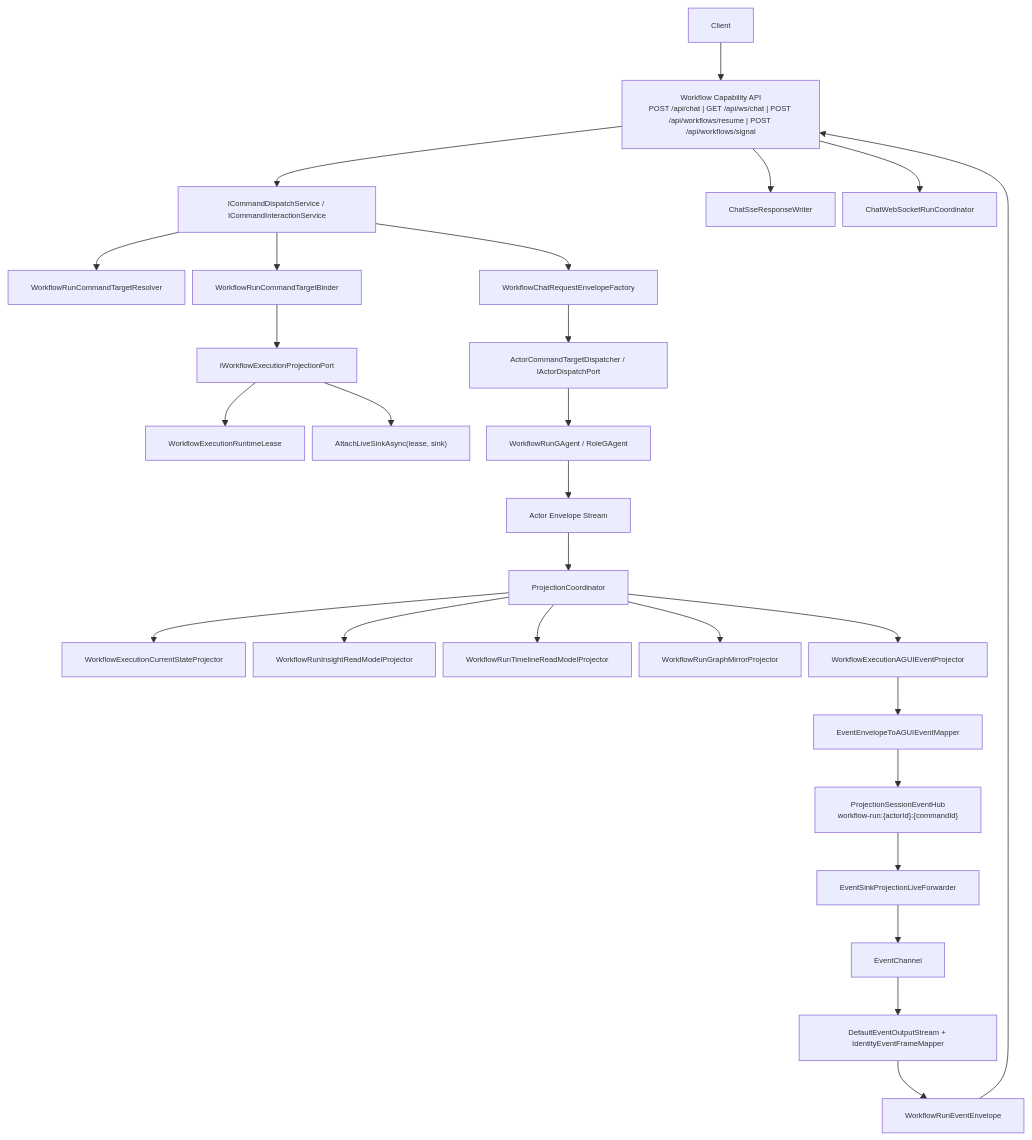
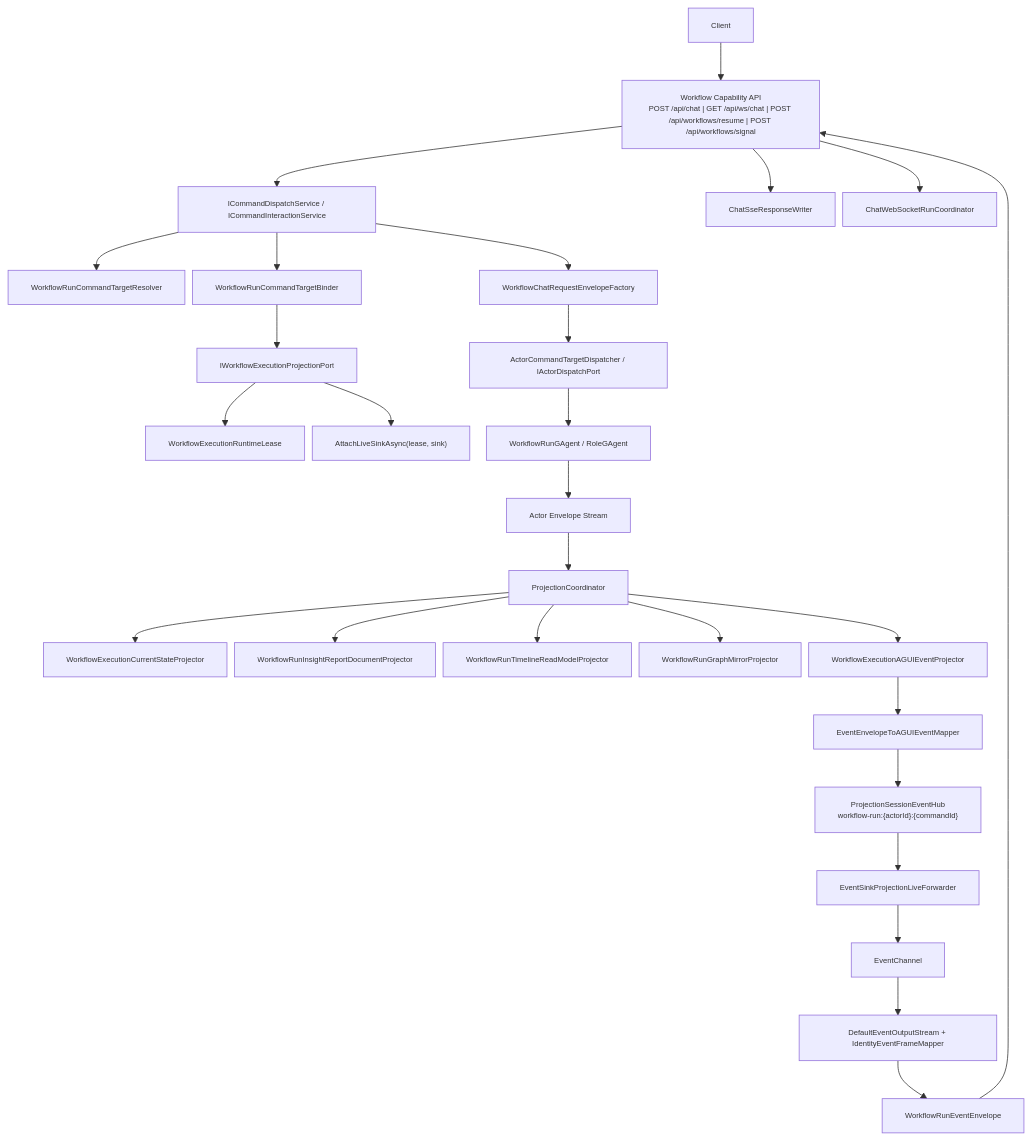
Before and after one commit to aevatarAI/aevatar: the first of 5 diagrams in docs/WORKFLOW_LLM_STREAMING_ARCHITECTURE.md, drawn with Mermaid. The commit also changed other lines of this file and 34 other files, not shown here.

First line of the commit message:
Refactor Workflow Projection Components and Update ReadModel Architecture

````diff
--- a/docs/WORKFLOW_LLM_STREAMING_ARCHITECTURE.md
+++ b/docs/WORKFLOW_LLM_STREAMING_ARCHITECTURE.md
@@ -58,30 +58,30 @@
 ```mermaid
 %%{init: {"maxTextSize": 100000, "flowchart": {"useMaxWidth": false, "nodeSpacing": 10, "rankSpacing": 50}, "themeVariables": {"fontSize": "10px"}}}%%
 flowchart TB
     C["Client"] --> H["Workflow Capability API\nPOST /api/chat | GET /api/ws/chat | POST /api/workflows/resume | POST /api/workflows/signal"]
     H --> CMD["ICommandDispatchService / ICommandInteractionService"]
     CMD --> RES["WorkflowRunCommandTargetResolver"]
     CMD --> BND["WorkflowRunCommandTargetBinder"]
     BND --> LIF["IWorkflowExecutionProjectionPort"]
     LIF --> LEASE["WorkflowExecutionRuntimeLease"]
     LIF --> SUB["AttachLiveSinkAsync(lease, sink)"]
     CMD --> FAC["WorkflowChatRequestEnvelopeFactory"]
     FAC --> DSP["ActorCommandTargetDispatcher / IActorDispatchPort"]
     DSP --> ACT["WorkflowRunGAgent / RoleGAgent"]
     ACT --> EVT["Actor Envelope Stream"]
     EVT --> COOR["ProjectionCoordinator"]
     COOR --> RM1["WorkflowExecutionCurrentStateProjector"]
-    COOR --> RM2["WorkflowRunInsightReadModelProjector"]
+    COOR --> RM2["WorkflowRunInsightReportDocumentProjector"]
     COOR --> RM3["WorkflowRunTimelineReadModelProjector"]
     COOR --> RM4["WorkflowRunGraphMirrorProjector"]
     COOR --> AGP["WorkflowExecutionAGUIEventProjector"]
     AGP --> MAP["EventEnvelopeToAGUIEventMapper"]
     MAP --> HUB["ProjectionSessionEventHub\nworkflow-run:{actorId}:{commandId}"]
     HUB --> FWD["EventSinkProjectionLiveForwarder<WorkflowExecutionRuntimeLease, WorkflowRunEvent>"]
     FWD --> CH["EventChannel<WorkflowRunEvent>"]
     CH --> STR["DefaultEventOutputStream + IdentityEventFrameMapper"]
     STR --> FR["WorkflowRunEventEnvelope"]
     FR --> H
     H --> SSE["ChatSseResponseWriter"]
     H --> WS["ChatWebSocketRunCoordinator"]
 ```
````
